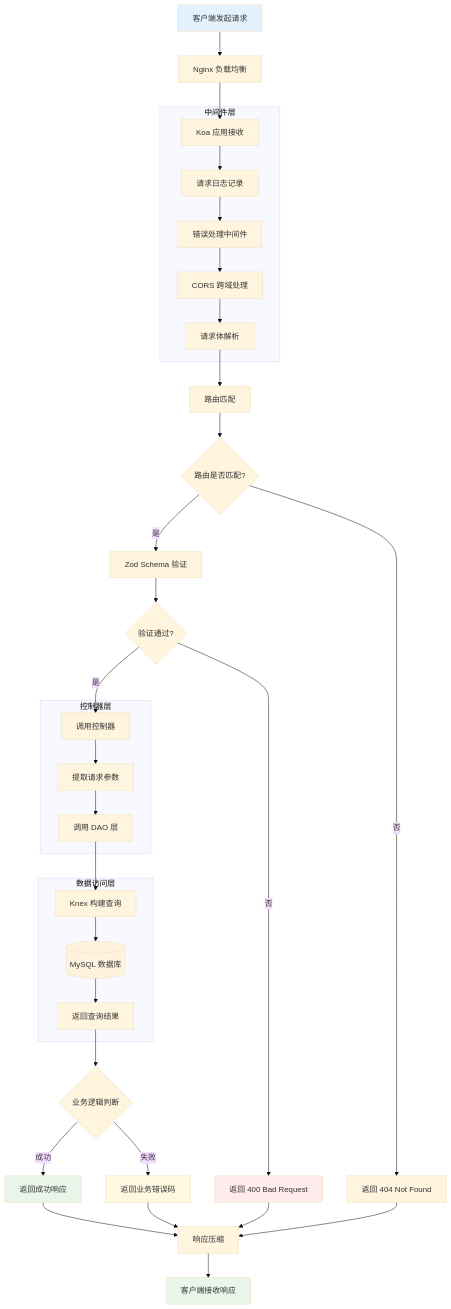
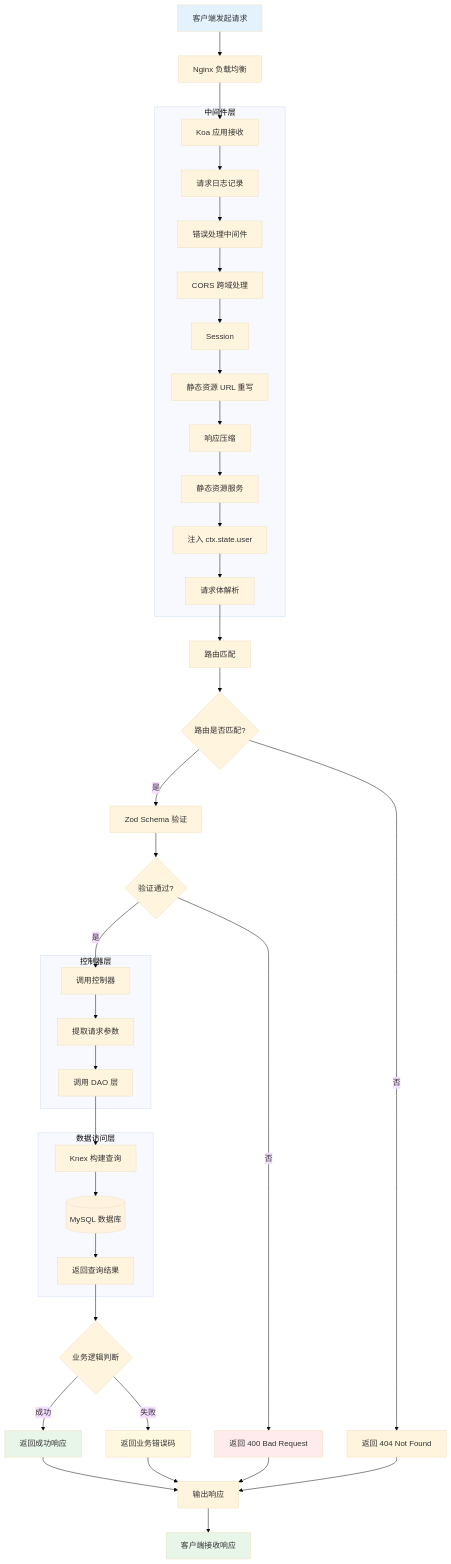
The second of 2 diagrams in docs/ARCHITECTURE.md (sincely/koa-app-template), drawn with Mermaid (base theme) before and after one commit. The commit also changed other lines of this file, not shown here.

Commit message:
docs: 更新架构文档中的技术栈版本与流程图
- 更新 Koa 和 JWT 的版本号
- 细化请求处理流程图的中间件步骤
- 将业务状态码常量更新为对象属性引用格式
- 新增 HTTP 状态码配置说明
- 补充开发与部署脚本命令

````diff
--- a/docs/ARCHITECTURE.md
+++ b/docs/ARCHITECTURE.md
@@ -94,50 +94,55 @@
 ```mermaid
 flowchart TD
     A[客户端发起请求] --> B[Nginx 负载均衡]
     B --> C[Koa 应用接收]
 
     subgraph middleware["中间件层"]
         C --> D[请求日志记录]
         D --> E[错误处理中间件]
         E --> F[CORS 跨域处理]
-        F --> G[请求体解析]
+        F --> G[Session]
+        G --> H[静态资源 URL 重写]
+        H --> I[响应压缩]
+        I --> J[静态资源服务]
+        J --> K[注入 ctx.state.user]
+        K --> L[请求体解析]
     end
 
-    G --> H[路由匹配]
-    H --> I{路由是否匹配?}
+    L --> M[路由匹配]
+    M --> N{路由是否匹配?}
 
-    I -->|否| J[返回 404 Not Found]
-    I -->|是| K[Zod Schema 验证]
+    N -->|否| O[返回 404 Not Found]
+    N -->|是| P[Zod Schema 验证]
 
-    K --> L{验证通过?}
-    L -->|否| M[返回 400 Bad Request]
-    L -->|是| N[调用控制器]
+    P --> Q{验证通过?}
+    Q -->|否| R[返回 400 Bad Request]
+    Q -->|是| S[调用控制器]
 
     subgraph controller["控制器层"]
-        N --> O[提取请求参数]
-        O --> P[调用 DAO 层]
+        S --> T[提取请求参数]
+        T --> U[调用 DAO 层]
     end
 
     subgraph dao["数据访问层"]
-        P --> Q[Knex 构建查询]
-        Q --> R[(MySQL 数据库)]
-        R --> S[返回查询结果]
+        U --> V[Knex 构建查询]
+        V --> W[(MySQL 数据库)]
+        W --> X[返回查询结果]
     end
 
-    S --> T{业务逻辑判断}
-    T -->|成功| U[返回成功响应]
-    T -->|失败| V[返回业务错误码]
+    X --> Y{业务逻辑判断}
+    Y -->|成功| Z[返回成功响应]
+    Y -->|失败| AA[返回业务错误码]
 
-    U --> W[响应压缩]
-    V --> W
-    M --> W
-    J --> W
-    W --> X[客户端接收响应]
+    Z --> AB[输出响应]
+    AA --> AB
+    R --> AB
+    O --> AB
+    AB --> AC[客户端接收响应]
 
     style A fill:#e3f2fd
-    style X fill:#e8f5e9
-    style R fill:#fff3e0
-    style M fill:#ffebee
-    style V fill:#fff8e1
-    style U fill:#e8f5e9
+    style AC fill:#e8f5e9
+    style W fill:#fff3e0
+    style R fill:#ffebee
+    style AA fill:#fff8e1
+    style Z fill:#e8f5e9
 ```
````
